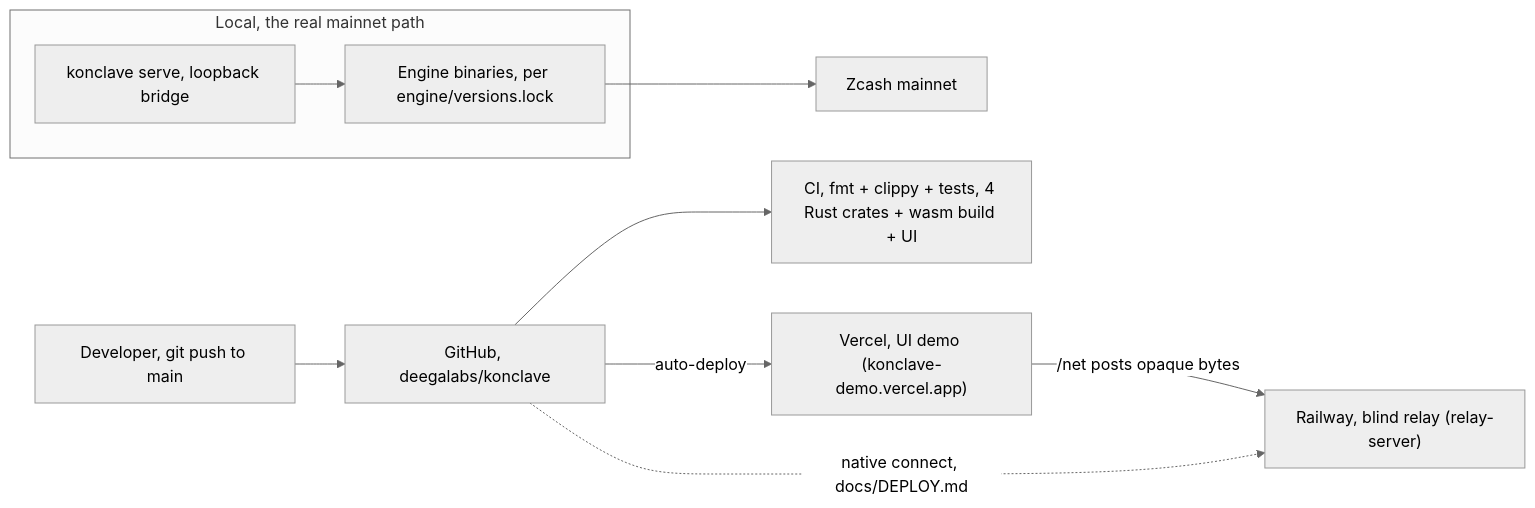
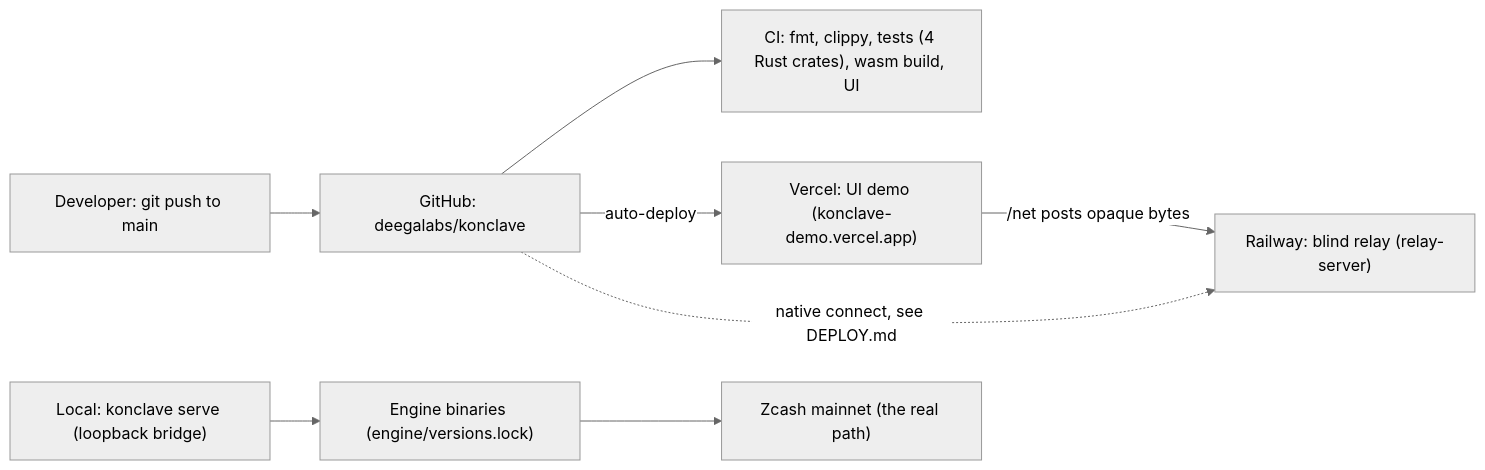
The ninth of 10 diagrams in docs/DIAGRAMS.md (deegalabs/konclave), drawn with Mermaid (neutral theme) before and after one commit. The commit also changed other lines of this file, not shown here.

First line of the commit message:
docs(diagrams): make all Mermaid diagrams render on GitHub

````diff
--- a/docs/DIAGRAMS.md
+++ b/docs/DIAGRAMS.md
@@ -207,13 +173,10 @@
 ```mermaid
 flowchart LR
-  Dev["Developer, git push to main"] --> GH["GitHub, deegalabs/konclave"]
-  GH --> CI["CI, fmt + clippy + tests, 4 Rust crates + wasm build + UI"]
-  GH -->|"auto-deploy"| Vercel["Vercel, UI demo (konclave-demo.vercel.app)"]
-  GH -.->|"native connect, docs/DEPLOY.md"| Railway["Railway, blind relay (relay-server)"]
+  Dev["Developer: git push to main"] --> GH["GitHub: deegalabs/konclave"]
+  GH --> CI["CI: fmt, clippy, tests (4 Rust crates), wasm build, UI"]
+  GH -->|"auto-deploy"| Vercel["Vercel: UI demo (konclave-demo.vercel.app)"]
+  GH -.->|"native connect, see DEPLOY.md"| Railway["Railway: blind relay (relay-server)"]
   Vercel -->|"/net posts opaque bytes"| Railway
-  subgraph Local["Local, the real mainnet path"]
-    Bridge["konclave serve, loopback bridge"]
-    EngineBins["Engine binaries, per engine/versions.lock"]
-  end
-  Bridge --> EngineBins --> Mainnet["Zcash mainnet"]
+  Bridge["Local: konclave serve (loopback bridge)"] --> EngineBins["Engine binaries (engine/versions.lock)"]
+  EngineBins --> Mainnet["Zcash mainnet (the real path)"]
 ```
````
